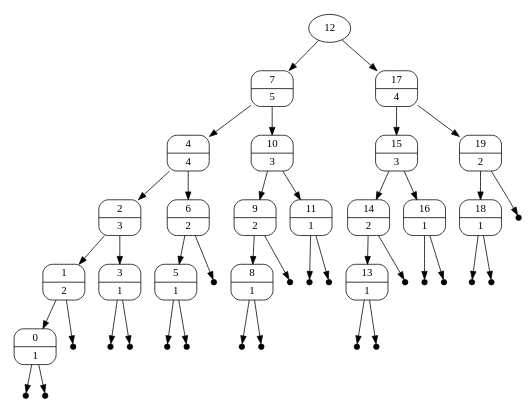
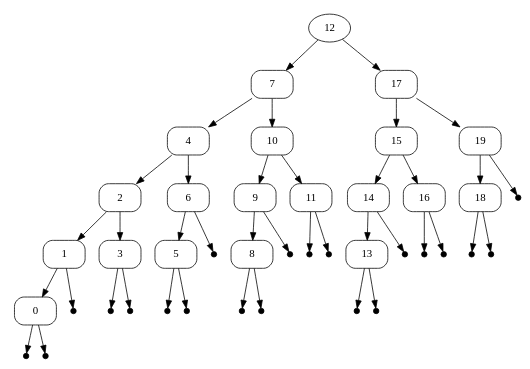
One commit to karlstroetmann/Algorithms changed the diagram in Lecture-Notes/Abbildungen/avl.dot. Above: the diagram before and after it, drawn with Graphviz. The commit also changed 7 other files, not shown here.

Commit message:
Figure updated

```diff
--- a/Lecture-Notes/Abbildungen/avl.dot
+++ b/Lecture-Notes/Abbildungen/avl.dot
@@ -1,166 +1,166 @@
 digraph G {
 
     size = "5,7";
     12 ;
 
     12  -> 7;
 
     12 -> 17;
 
-    7 [ shape = Mrecord, label = "{ 7 | 5}" ] ;
+    7 [ shape = Mrecord, label = "{ 7}" ] ;
 
     7  -> 4;
 
     7 -> 10;
 
-    4 [ shape = Mrecord, label = "{ 4 | 4}" ] ;
+    4 [ shape = Mrecord, label = "{ 4}" ] ;
 
     4  -> 2;
 
     4 -> 6;
 
-    2 [ shape = Mrecord, label = "{ 2 | 3}" ] ;
+    2 [ shape = Mrecord, label = "{ 2}" ] ;
 
     2  -> 1;
 
     2 -> 3;
 
-    1 [ shape = Mrecord, label = "{ 1 | 2}" ] ;
+    1 [ shape = Mrecord, label = "{ 1}" ] ;
 
     1  -> 0;
 
     1 -> -1;
 
-    0 [ shape = Mrecord, label = "{ 0 | 1}" ] ;
+    0 [ shape = Mrecord, label = "{ 0}" ] ;
 
     0 -> -2;
 
     0 -> -3;
 
-    3 [ shape = Mrecord, label = "{ 3 | 1}" ] ;
+    3 [ shape = Mrecord, label = "{ 3}" ] ;
 
     3 -> -4;
 
     3 -> -5;
 
-    6 [ shape = Mrecord, label = "{ 6 | 2}" ] ;
+    6 [ shape = Mrecord, label = "{ 6}" ] ;
 
     6  -> 5;
 
     6 -> -6;
 
-    5 [ shape = Mrecord, label = "{ 5 | 1}" ] ;
+    5 [ shape = Mrecord, label = "{ 5}" ] ;
 
     5 -> -7;
 
     5 -> -8;
 
-    10 [ shape = Mrecord, label = "{ 10 | 3}" ] ;
+    10 [ shape = Mrecord, label = "{ 10}" ] ;
 
     10  -> 9;
 
     10 -> 11;
 
-    9 [ shape = Mrecord, label = "{ 9 | 2}" ] ;
+    9 [ shape = Mrecord, label = "{ 9}" ] ;
 
     9  -> 8;
 
     9 -> -9;
 
-    8 [ shape = Mrecord, label = "{ 8 | 1}" ] ;
+    8 [ shape = Mrecord, label = "{ 8}" ] ;
 
     8 -> -10;
 
     8 -> -11;
 
-    11 [ shape = Mrecord, label = "{ 11 | 1}" ] ;
+    11 [ shape = Mrecord, label = "{ 11}" ] ;
 
     11 -> -12;
 
     11 -> -13;
 
-    17 [ shape = Mrecord, label = "{ 17 | 4}" ] ;
+    17 [ shape = Mrecord, label = "{ 17}" ] ;
 
     17  -> 15;
 
     17 -> 19;
 
-    15 [ shape = Mrecord, label = "{ 15 | 3}" ] ;
+    15 [ shape = Mrecord, label = "{ 15}" ] ;
 
     15  -> 14;
 
     15 -> 16;
 
-    14 [ shape = Mrecord, label = "{ 14 | 2}" ] ;
+    14 [ shape = Mrecord, label = "{ 14}" ] ;
 
     14  -> 13;
 
     14 -> -14;
 
-    13 [ shape = Mrecord, label = "{ 13 | 1}" ] ;
+    13 [ shape = Mrecord, label = "{ 13}" ] ;
 
     13 -> -15;
 
     13 -> -16;
 
-    16 [ shape = Mrecord, label = "{ 16 | 1}" ] ;
+    16 [ shape = Mrecord, label = "{ 16}" ] ;
 
     16 -> -17;
 
     16 -> -18;
 
-    19 [ shape = Mrecord, label = "{ 19 | 2}" ] ;
+    19 [ shape = Mrecord, label = "{ 19}" ] ;
 
     19  -> 18;
 
     19 -> -19;
 
-    18 [ shape = Mrecord, label = "{ 18 | 1}" ] ;
+    18 [ shape = Mrecord, label = "{ 18}" ] ;
 
     18 -> -20;
 
     18 -> -21;
 
     -1 [label = "", height = 0.1, width = 0.1, style = filled, fillcolor = black];
 
     -2 [label = "", height = 0.1, width = 0.1, style = filled, fillcolor = black];
 
     -3 [label = "", height = 0.1, width = 0.1, style = filled, fillcolor = black];
 
     -4 [label = "", height = 0.1, width = 0.1, style = filled, fillcolor = black];
 
     -5 [label = "", height = 0.1, width = 0.1, style = filled, fillcolor = black];
 
     -6 [label = "", height = 0.1, width = 0.1, style = filled, fillcolor = black];
 
     -7 [label = "", height = 0.1, width = 0.1, style = filled, fillcolor = black];
 
     -8 [label = "", height = 0.1, width = 0.1, style = filled, fillcolor = black];
 
     -9 [label = "", height = 0.1, width = 0.1, style = filled, fillcolor = black];
 
     -10 [label = "", height = 0.1, width = 0.1, style = filled, fillcolor = black];
 
     -11 [label = "", height = 0.1, width = 0.1, style = filled, fillcolor = black];
 
     -12 [label = "", height = 0.1, width = 0.1, style = filled, fillcolor = black];
 
     -13 [label = "", height = 0.1, width = 0.1, style = filled, fillcolor = black];
 
     -14 [label = "", height = 0.1, width = 0.1, style = filled, fillcolor = black];
 
     -15 [label = "", height = 0.1, width = 0.1, style = filled, fillcolor = black];
 
     -16 [label = "", height = 0.1, width = 0.1, style = filled, fillcolor = black];
 
     -17 [label = "", height = 0.1, width = 0.1, style = filled, fillcolor = black];
 
     -18 [label = "", height = 0.1, width = 0.1, style = filled, fillcolor = black];
 
     -19 [label = "", height = 0.1, width = 0.1, style = filled, fillcolor = black];
 
     -20 [label = "", height = 0.1, width = 0.1, style = filled, fillcolor = black];
 
     -21 [label = "", height = 0.1, width = 0.1, style = filled, fillcolor = black];
 
 }
```
